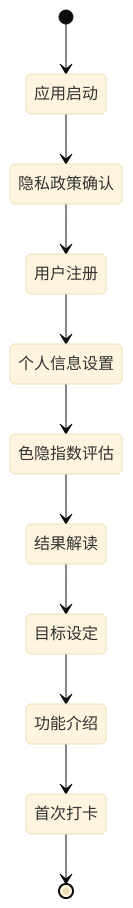
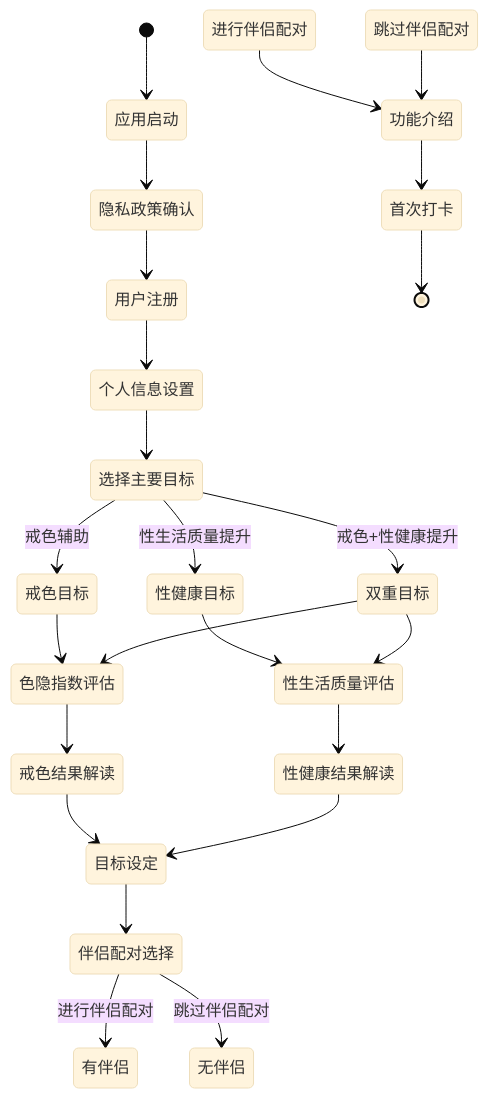
One commit to jsqfengbao/gva_nofap changed the third of 4 diagrams in docs/PRD.md. Above: the diagram before and after it, drawn with Mermaid (base theme). The commit also changed other lines of this file and 7 other files, not shown here.

````diff
--- a/docs/PRD.md
+++ b/docs/PRD.md
@@ -492,13 +737,30 @@
 ```mermaid
 stateDiagram-v2
     [*] --> 应用启动
     应用启动 --> 隐私政策确认
     隐私政策确认 --> 用户注册
     用户注册 --> 个人信息设置
-    个人信息设置 --> 色隐指数评估
-    色隐指数评估 --> 结果解读
-    结果解读 --> 目标设定
-    目标设定 --> 功能介绍
+    个人信息设置 --> 选择主要目标
+    选择主要目标 --> 戒色目标: 戒色辅助
+    选择主要目标 --> 性健康目标: 性生活质量提升
+    选择主要目标 --> 双重目标: 戒色+性健康提升
+    
+    戒色目标 --> 色隐指数评估
+    性健康目标 --> 性生活质量评估
+    双重目标 --> 色隐指数评估
+    双重目标 --> 性生活质量评估
+    
+    色隐指数评估 --> 戒色结果解读
+    性生活质量评估 --> 性健康结果解读
+    戒色结果解读 --> 目标设定
+    性健康结果解读 --> 目标设定
+    
+    目标设定 --> 伴侣配对选择
+    伴侣配对选择 --> 有伴侣: 进行伴侣配对
+    伴侣配对选择 --> 无伴侣: 跳过伴侣配对
+    进行伴侣配对 --> 功能介绍
+    跳过伴侣配对 --> 功能介绍
+    
     功能介绍 --> 首次打卡
     首次打卡 --> [*]
 ```
````
